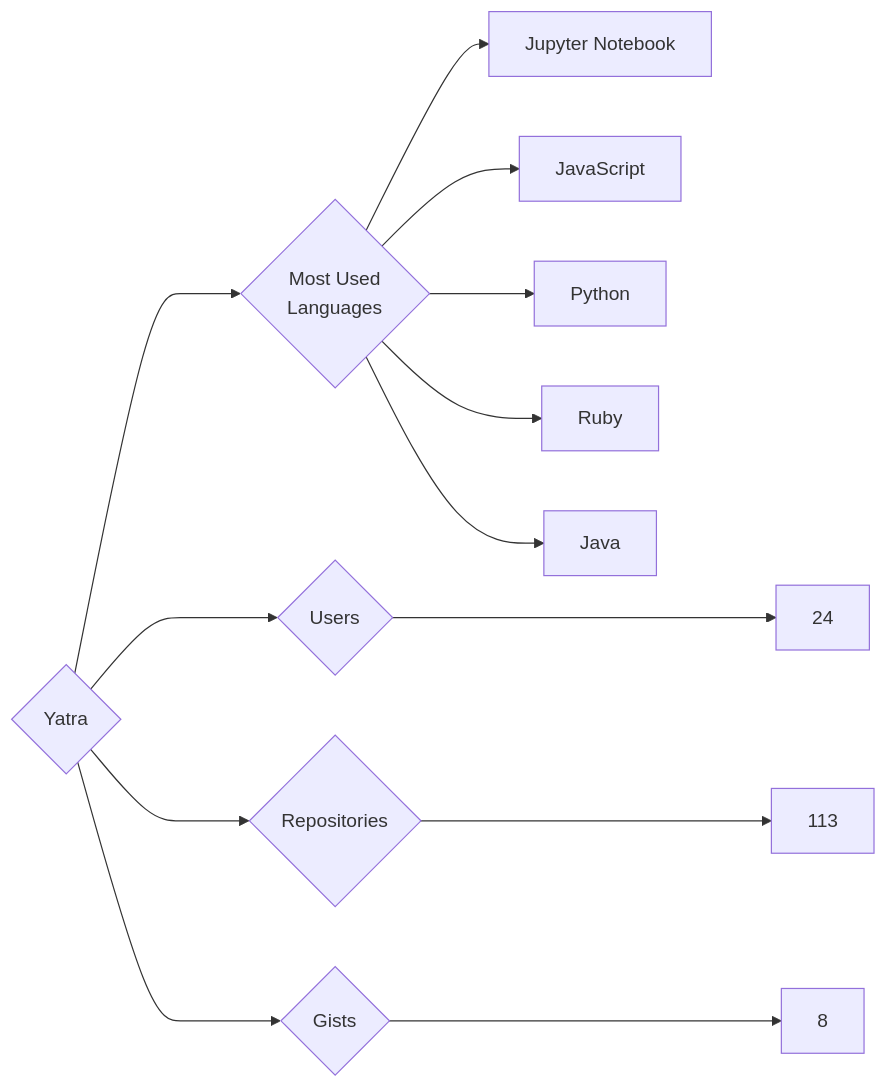
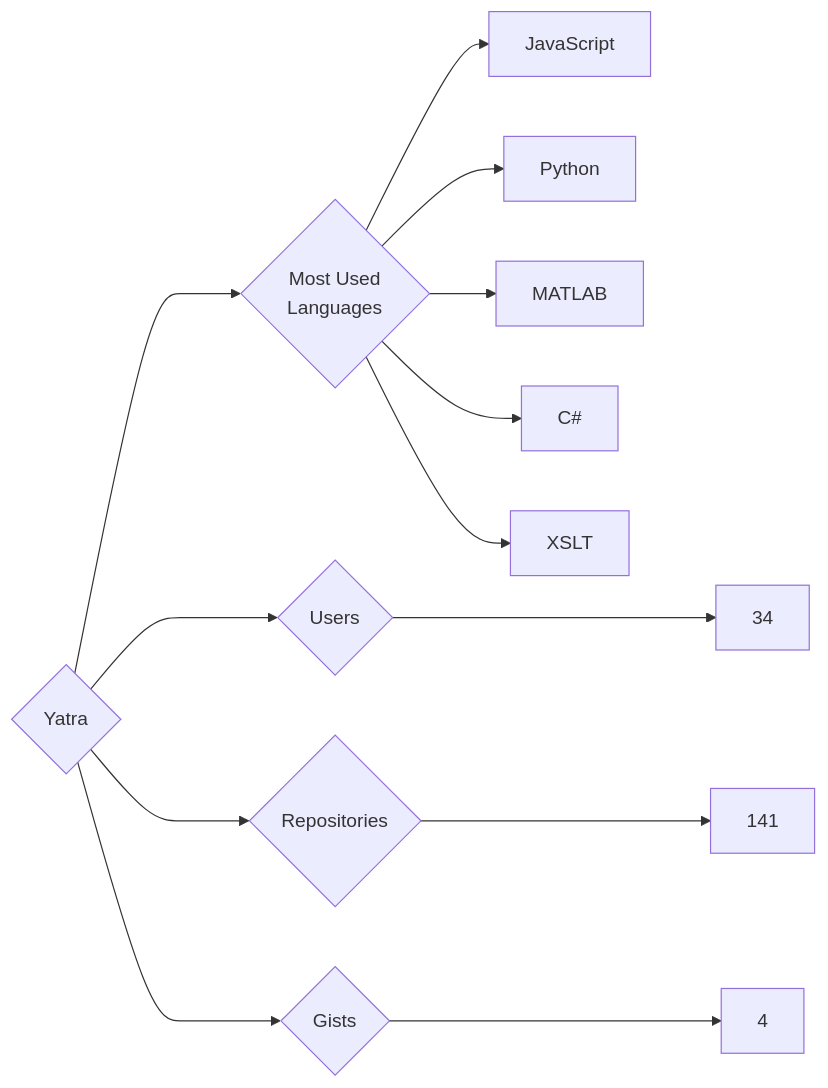
Before and after one commit to trickest/insiders: the diagram in targets/Yatra/README.md, drawn with Mermaid. The commit also changed 972 other files, not shown here.

````diff
--- a/targets/Yatra/README.md
+++ b/targets/Yatra/README.md
@@ -3,13 +3,13 @@
 ```mermaid
 graph LR
 COMPANY_NAME{Yatra}
-COMPANY_NAME ---> U{Users} ---> UN[24]
-COMPANY_NAME ---> R{Repositories} ---> RN[113]
-COMPANY_NAME ---> G{Gists} ---> GN[8]
+COMPANY_NAME ---> U{Users} ---> UN[34]
+COMPANY_NAME ---> R{Repositories} ---> RN[141]
+COMPANY_NAME ---> G{Gists} ---> GN[4]
 COMPANY_NAME ---> ML{Most Used<br>Languages}
-ML --> Jupyter_Notebook[Jupyter Notebook]
 ML --> JavaScript[JavaScript]
 ML --> Python[Python]
-ML --> Ruby[Ruby]
-ML --> Java[Java]
+ML --> MATLAB[MATLAB]
+ML --> C#[C#]
+ML --> XSLT[XSLT]
 ```
````
